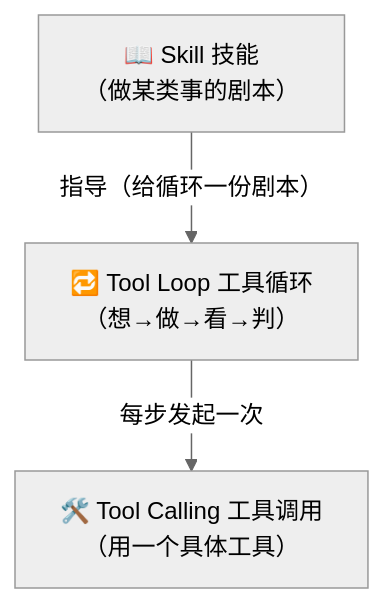
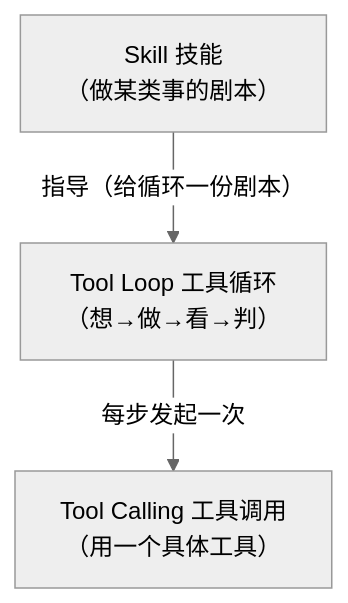
Before and after one commit to luckykhy/KhyAiHub: the fifth of 8 diagrams in docs/02_CONCEPTS_概念入门/CONCEPT/[CONCEPT-05] 什么是Skill-技能.md, drawn with Mermaid (neutral theme). The commit also changed other lines of this file and 19 other files, not shown here.

````diff
--- a/docs/02_CONCEPTS_概念入门/CONCEPT/[CONCEPT-05] 什么是Skill-技能.md
+++ b/docs/02_CONCEPTS_概念入门/CONCEPT/[CONCEPT-05] 什么是Skill-技能.md
@@ -204,8 +204,8 @@
 ```mermaid
 flowchart TB
-  SKILL["📖 Skill 技能<br/>（做某类事的剧本）"]
-  LOOP["🔁 Tool Loop 工具循环<br/>（想→做→看→判）"]
-  CALL["🛠️ Tool Calling 工具调用<br/>（用一个具体工具）"]
+  SKILL["Skill 技能<br/>（做某类事的剧本）"]
+  LOOP["Tool Loop 工具循环<br/>（想→做→看→判）"]
+  CALL["Tool Calling 工具调用<br/>（用一个具体工具）"]
   SKILL -- "指导（给循环一份剧本）" --> LOOP
   LOOP -- "每步发起一次" --> CALL
 ```
````
